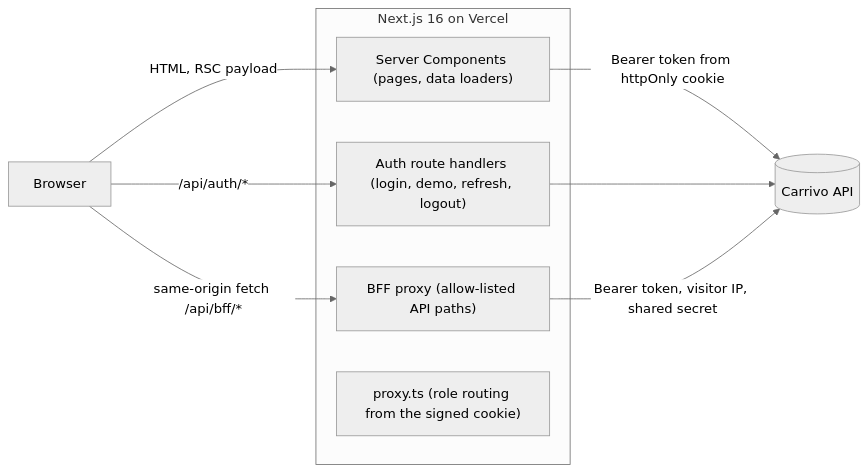
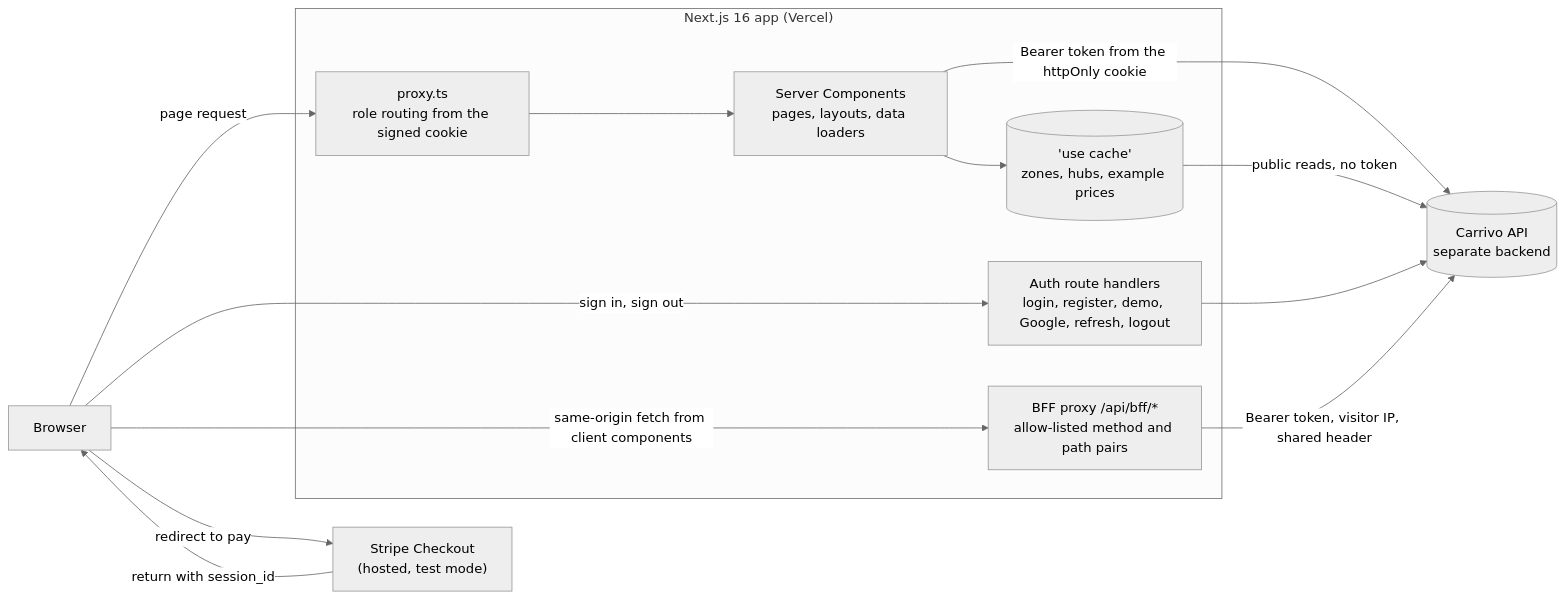
The first of 3 diagrams in README.md (Zarif207/Carrivo), drawn with Mermaid (neutral theme) before and after one commit. The commit also changed other lines of this file and 29 other files, not shown here.

````diff
--- a/README.md
+++ b/README.md
@@ -65,18 +210,24 @@
 ```mermaid
 flowchart LR
-  B[Browser] -->|HTML, RSC payload| SC
-  B -->|"same-origin fetch /api/bff/*"| BFF
-  B -->|"/api/auth/*"| AUTH
+  B["Browser"]
 
-  subgraph Next["Next.js 16 on Vercel"]
-    P["proxy.ts (role routing from the signed cookie)"]
-    SC["Server Components (pages, data loaders)"]
-    AUTH["Auth route handlers (login, demo, refresh, logout)"]
-    BFF["BFF proxy (allow-listed API paths)"]
+  subgraph Next["Next.js 16 app (Vercel)"]
+    P["proxy.ts<br/>role routing from the signed cookie"]
+    SC["Server Components<br/>pages, layouts, data loaders"]
+    AUTH["Auth route handlers<br/>login, register, demo, Google, refresh, logout"]
+    BFF["BFF proxy /api/bff/*<br/>allow-listed method and path pairs"]
+    CACHE[("'use cache'<br/>zones, hubs, example prices")]
   end
 
-  SC -->|"Bearer token from httpOnly cookie"| API
+  API[("Carrivo API<br/>separate backend")]
+  STRIPE["Stripe Checkout<br/>(hosted, test mode)"]
+
+  B -->|"page request"| P --> SC
+  B -->|"same-origin fetch from client components"| BFF
+  B -->|"sign in, sign out"| AUTH
+  SC -->|"Bearer token from the httpOnly cookie"| API
+  SC --> CACHE -->|"public reads, no token"| API
   AUTH --> API
-  BFF -->|"Bearer token, visitor IP, shared secret"| API
-  API[(Carrivo API)]
+  BFF -->|"Bearer token, visitor IP, shared header"| API
+  B -->|"redirect to pay"| STRIPE -->|"return with session_id"| B
 ```
````
